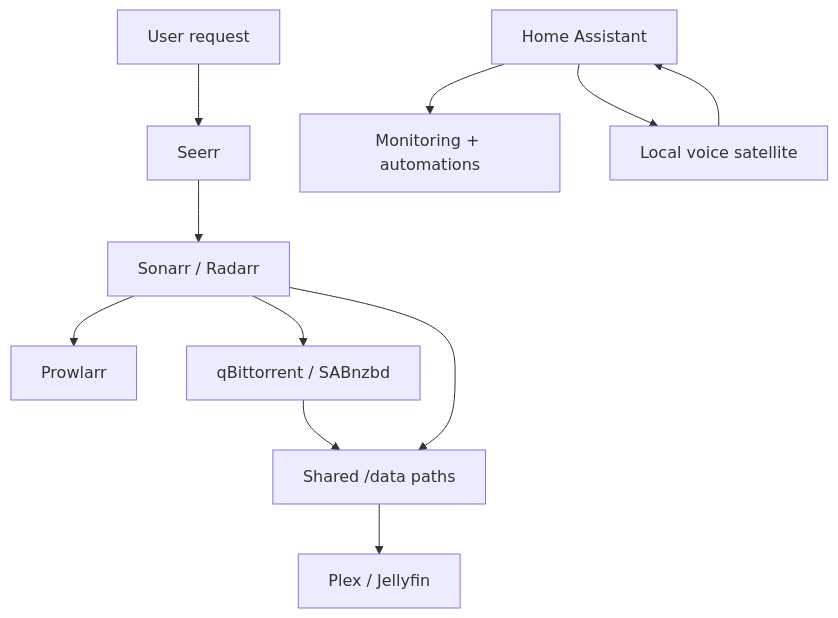
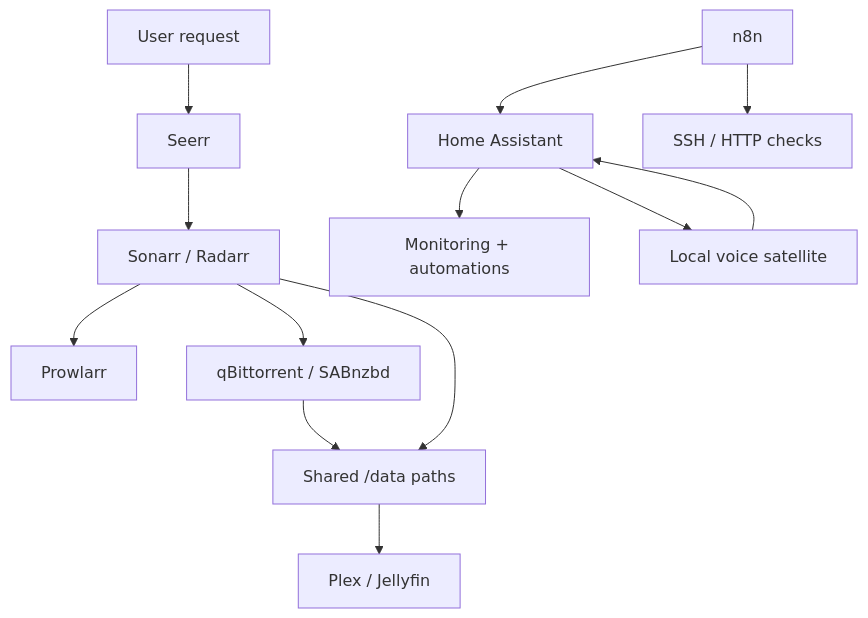
One commit to Otaconskeep/Classroom changed the diagram in pack/COURSE_MAP.md. Above: the diagram before and after it, drawn with Mermaid. The commit also changed other lines of this file and 3 other files, not shown here.

````diff
--- a/pack/COURSE_MAP.md
+++ b/pack/COURSE_MAP.md
@@ -21,13 +22,15 @@
 ```mermaid
 flowchart TD
     U["User request"] --> S["Seerr"]
     S --> A["Sonarr / Radarr"]
     A --> P["Prowlarr"]
     A --> D["qBittorrent / SABnzbd"]
     D --> M["Shared /data paths"]
     A --> M
     M --> X["Plex / Jellyfin"]
     H["Home Assistant"] --> O["Monitoring + automations"]
     V["Local voice satellite"] --> H
     H --> V
+    N["n8n"] --> H
+    N --> Lab["SSH / HTTP checks"]
 ```
````
